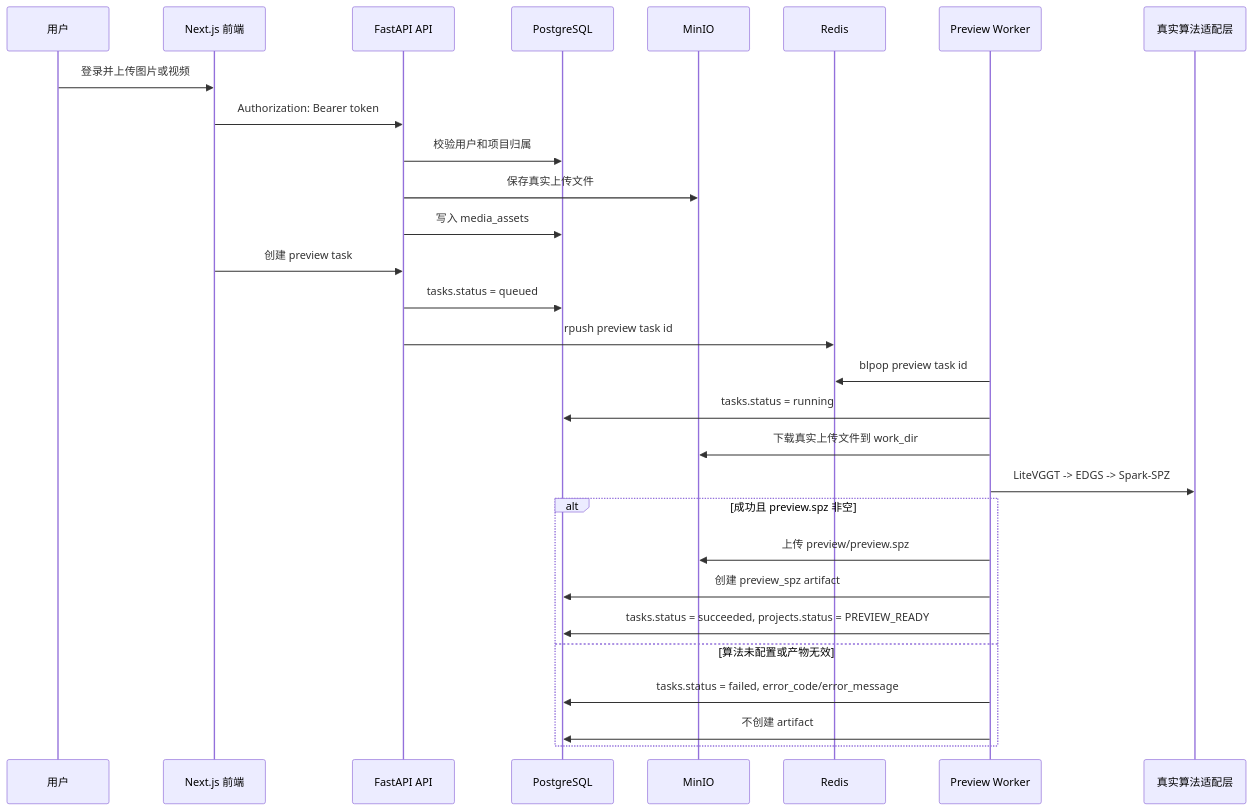
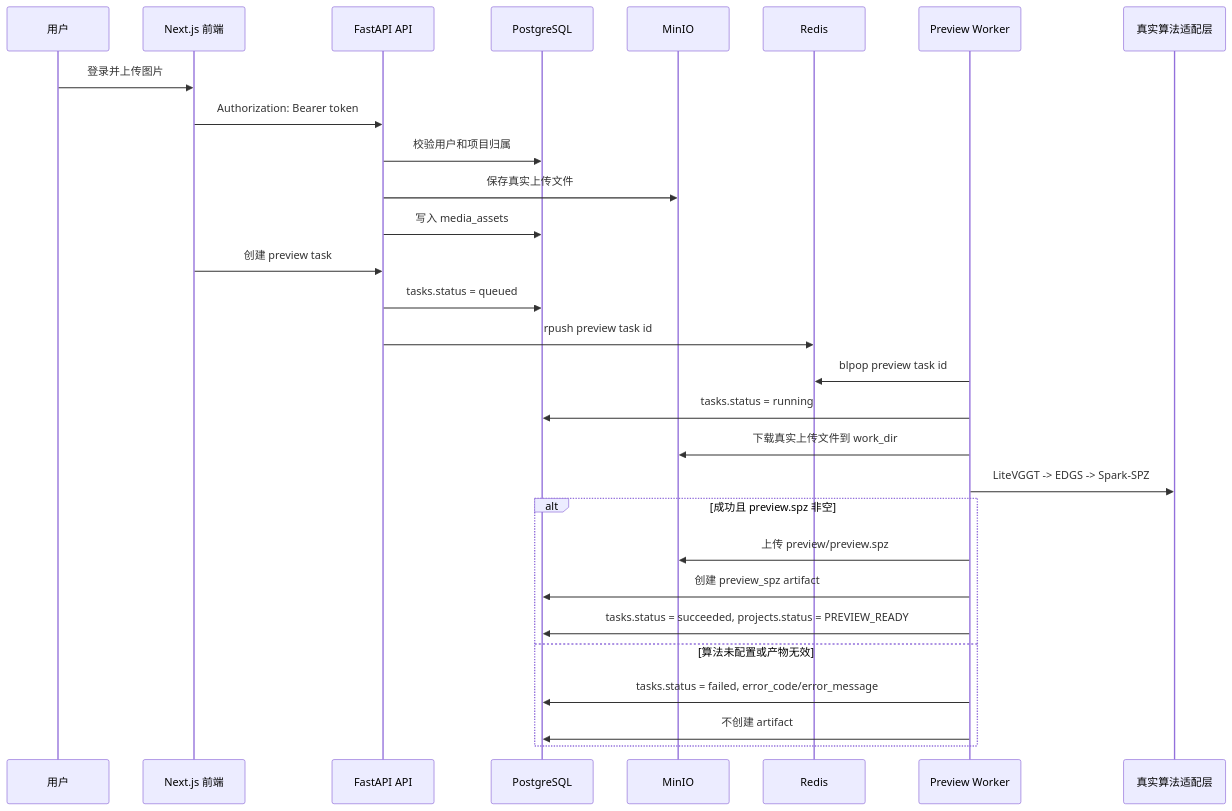
The third of 3 diagrams in doc/03-workflows-state.md (Braveliu66/3dgsbi), drawn with Mermaid before and after one commit. The commit also changed other lines of this file and 80 other files, not shown here.

Commit message:
极速图片预览以及视频预览清理

````diff
--- a/doc/03-workflows-state.md
+++ b/doc/03-workflows-state.md
@@ -143,32 +119,32 @@
 ```mermaid
 sequenceDiagram
     participant U as 用户
     participant FE as Next.js 前端
     participant API as FastAPI API
     participant DB as PostgreSQL
     participant S as MinIO
     participant Q as Redis
     participant W as Preview Worker
     participant A as 真实算法适配层
 
-    U->>FE: 登录并上传图片或视频
+    U->>FE: 登录并上传图片
     FE->>API: Authorization: Bearer token
     API->>DB: 校验用户和项目归属
     API->>S: 保存真实上传文件
     API->>DB: 写入 media_assets
     FE->>API: 创建 preview task
     API->>DB: tasks.status = queued
     API->>Q: rpush preview task id
     W->>Q: blpop preview task id
     W->>DB: tasks.status = running
     W->>S: 下载真实上传文件到 work_dir
     W->>A: LiteVGGT -> EDGS -> Spark-SPZ
     alt 成功且 preview.spz 非空
         W->>S: 上传 preview/preview.spz
         W->>DB: 创建 preview_spz artifact
         W->>DB: tasks.status = succeeded, projects.status = PREVIEW_READY
     else 算法未配置或产物无效
         W->>DB: tasks.status = failed, error_code/error_message
         W->>DB: 不创建 artifact
     end
 ```
````
